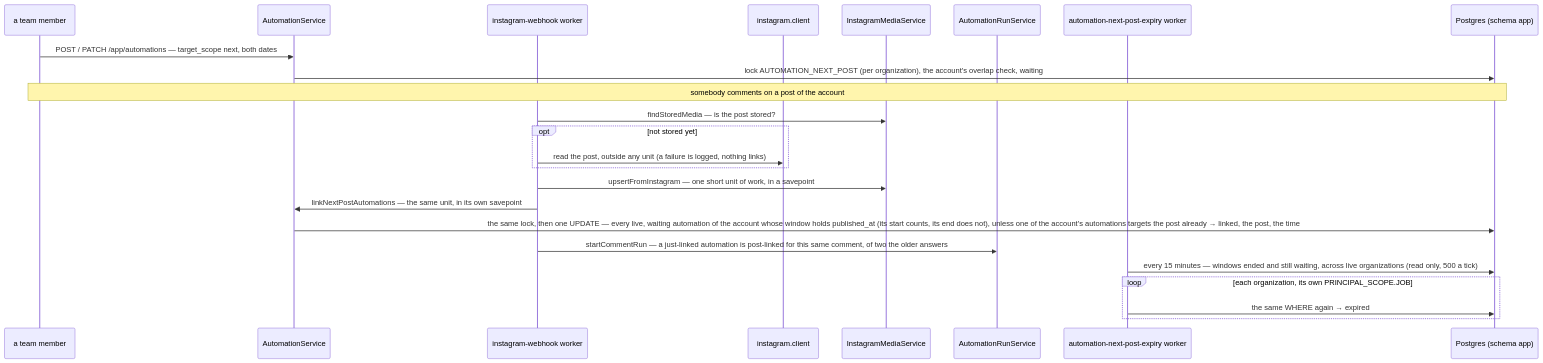
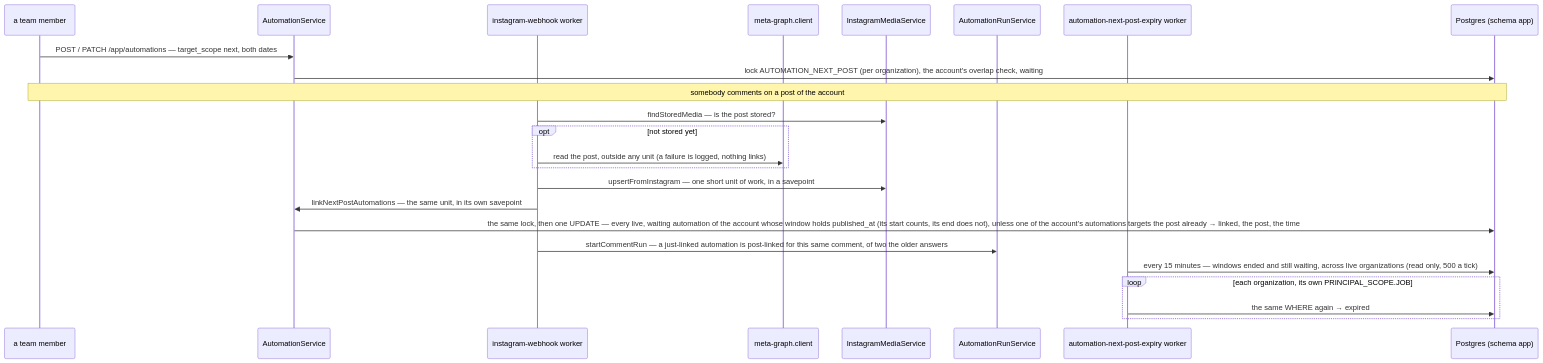
Diagram 16 of 17 in src/FLOWS.md (albetrios/meepzo-be), drawn with Mermaid before and after one commit. The commit also changed other lines of this file and 144 other files, not shown here.

First line of the commit message:
feat(app): iteration row R2 — the Meta client moved into the channel connection, Meta's usage per connection, the one-use login state

````diff
--- a/src/FLOWS.md
+++ b/src/FLOWS.md
@@ -840,27 +840,27 @@
 ```mermaid
 sequenceDiagram
   participant Team as a team member
   participant Automation as AutomationService
   participant Worker as instagram-webhook worker
-  participant Instagram as instagram.client
+  participant Instagram as meta-graph.client
   participant Media as InstagramMediaService
   participant Engine as AutomationRunService
   participant Expiry as automation-next-post-expiry worker
   participant DB as Postgres (schema app)
 
   Team->>Automation: POST / PATCH /app/automations — target_scope next, both dates
   Automation->>DB: lock AUTOMATION_NEXT_POST (per organization), the account's overlap check, waiting
   Note over Team,DB: somebody comments on a post of the account
   Worker->>Media: findStoredMedia — is the post stored?
   opt not stored yet
     Worker->>Instagram: read the post, outside any unit (a failure is logged, nothing links)
   end
   Worker->>Media: upsertFromInstagram — one short unit of work, in a savepoint
   Worker->>Automation: linkNextPostAutomations — the same unit, in its own savepoint
   Automation->>DB: the same lock, then one UPDATE — every live, waiting automation of the account whose window holds published_at (its start counts, its end does not), unless one of the account's automations targets the post already → linked, the post, the time
   Worker->>Engine: startCommentRun — a just-linked automation is post-linked for this same comment, of two the older answers
   Expiry->>DB: every 15 minutes — windows ended and still waiting, across live organizations (read only, 500 a tick)
   loop each organization, its own PRINCIPAL_SCOPE.JOB
     Expiry->>DB: the same WHERE again → expired
   end
 ```
````
